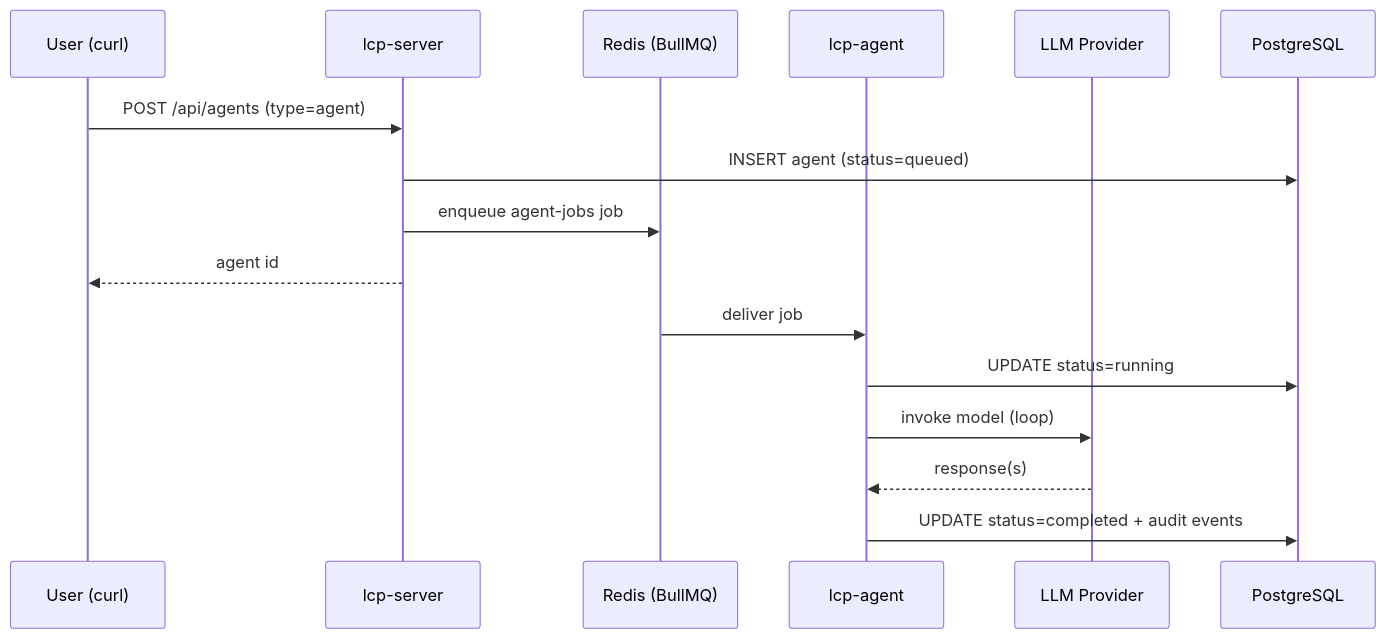
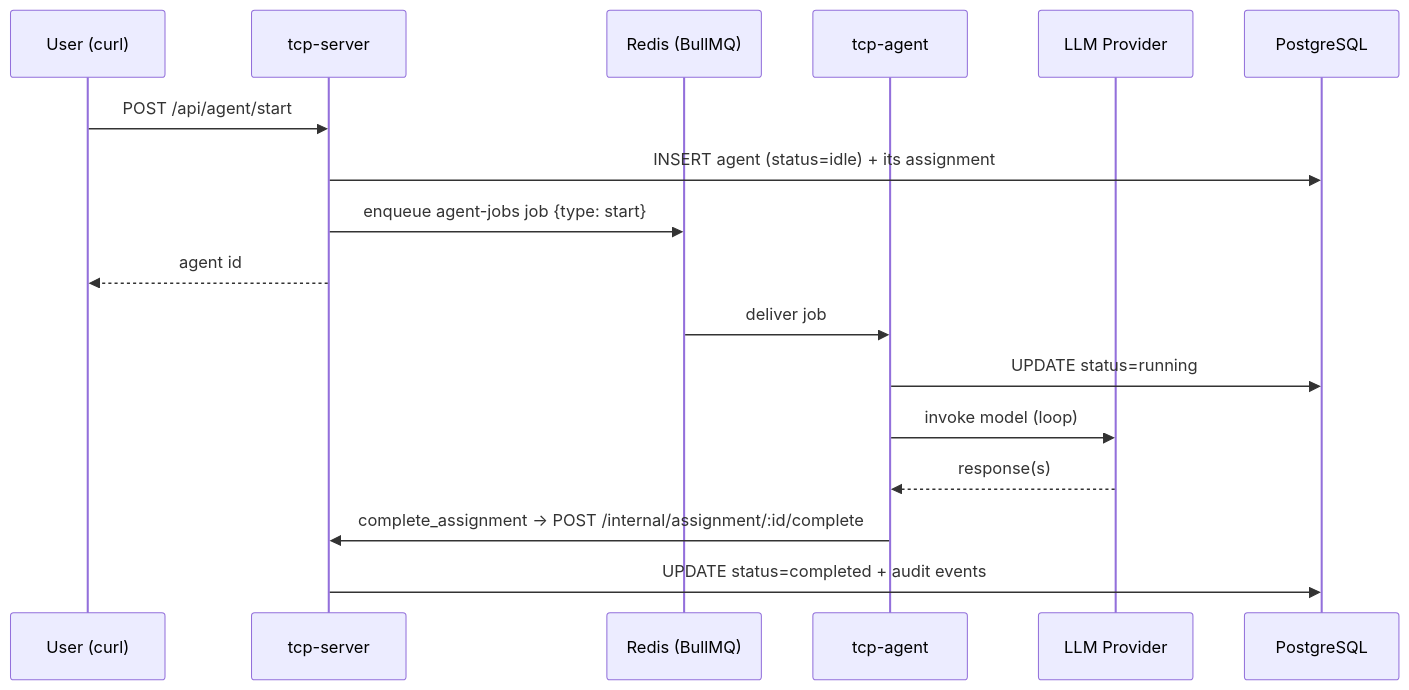
One commit to instantiator/tcp-server changed the diagram in docs/manual-testing/04-autonomous-agents.md. Above: the diagram before and after it, drawn with Mermaid. The commit also changed other lines of this file and 1129 other files, not shown here.

````diff
--- a/docs/manual-testing/04-autonomous-agents.md
+++ b/docs/manual-testing/04-autonomous-agents.md
@@ -9,20 +9,21 @@
 ```mermaid
 sequenceDiagram
     participant U as User (curl)
-    participant S as lcp-server
+    participant S as tcp-server
     participant Q as Redis (BullMQ)
-    participant A as lcp-agent
+    participant A as tcp-agent
     participant LLM as LLM Provider
     participant DB as PostgreSQL
 
-    U->>S: POST /api/agents (type=agent)
-    S->>DB: INSERT agent (status=queued)
-    S->>Q: enqueue agent-jobs job
+    U->>S: POST /api/agent/start
+    S->>DB: INSERT agent (status=idle) + its assignment
+    S->>Q: enqueue agent-jobs job {type: start}
     S-->>U: agent id
 
     Q->>A: deliver job
     A->>DB: UPDATE status=running
     A->>LLM: invoke model (loop)
     LLM-->>A: response(s)
-    A->>DB: UPDATE status=completed + audit events
+    A->>S: complete_assignment → POST /internal/assignment/:id/complete
+    S->>DB: UPDATE status=completed + audit events
 ```
````
